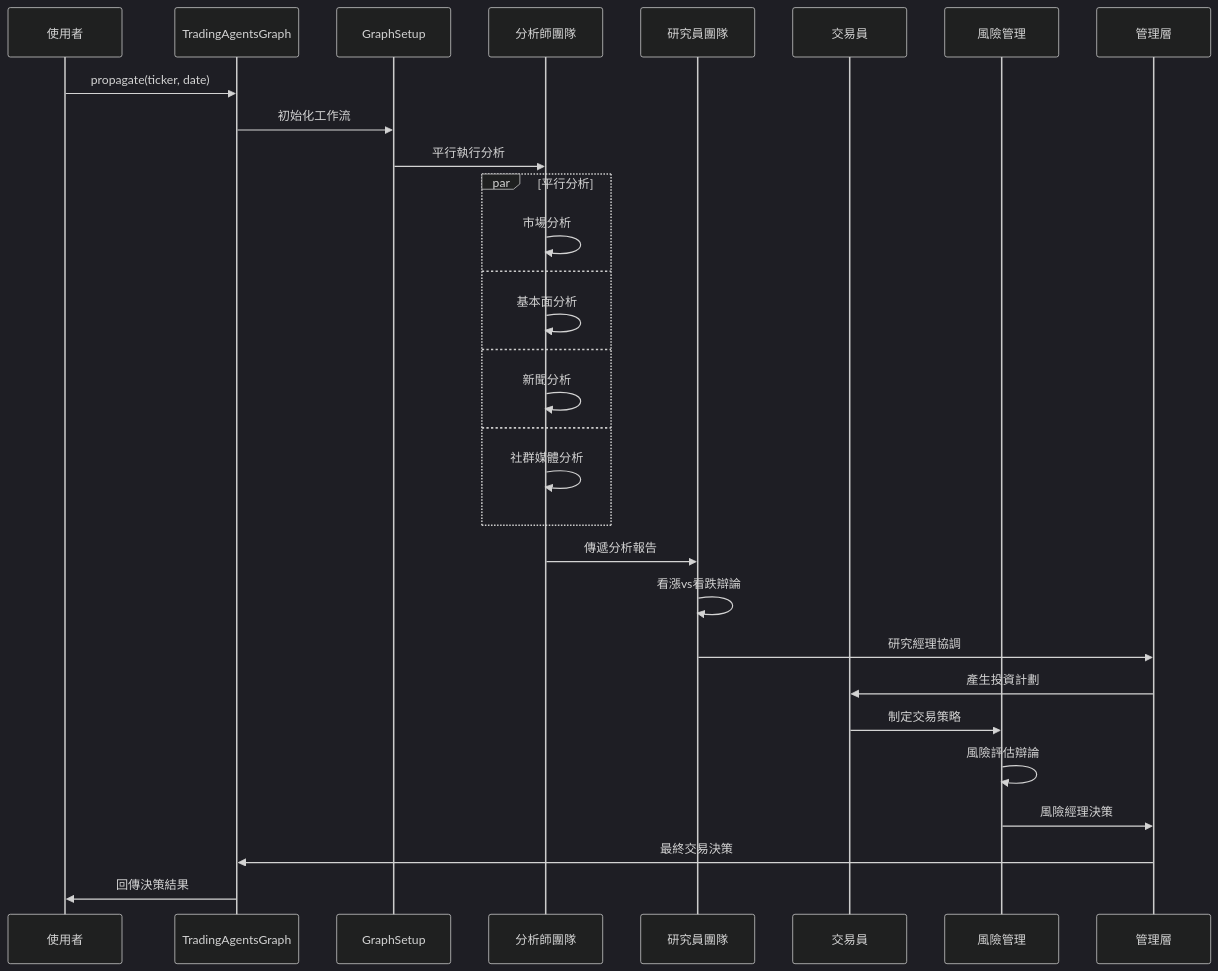
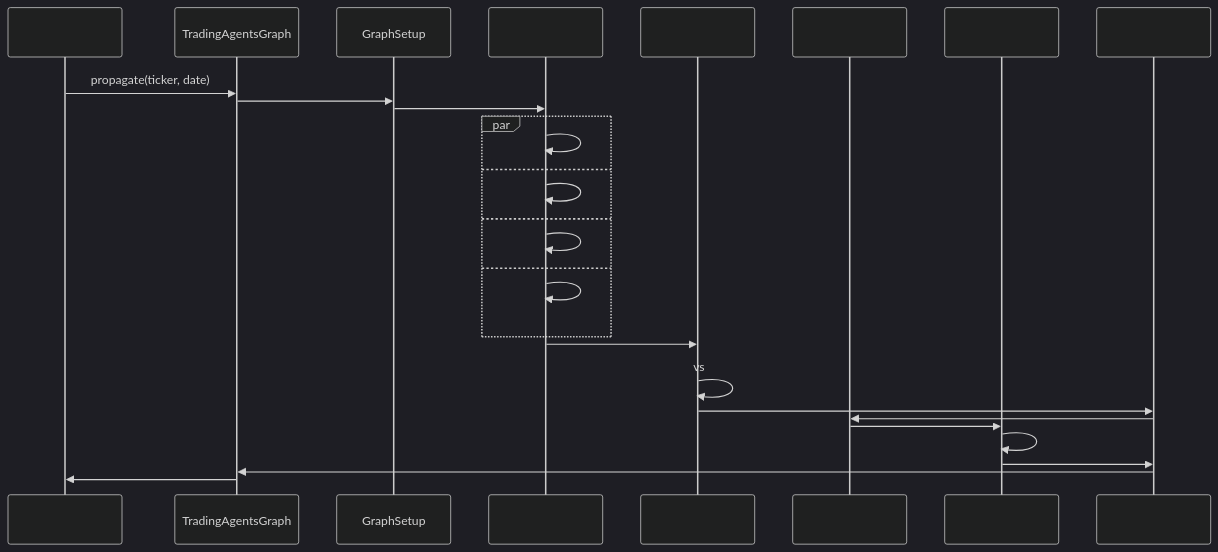
One commit to aiinpocket/TradingAgents-CN changed the second of 2 diagrams in docs/architecture/v0.1.13/system-architecture.md. Above: the diagram before and after it, drawn with Mermaid (dark theme). The commit also changed other lines of this file and 77 other files, not shown here.

````diff
--- a/docs/architecture/v0.1.13/system-architecture.md
+++ b/docs/architecture/v0.1.13/system-architecture.md
@@ -337,35 +337,35 @@
 ```mermaid
 sequenceDiagram
-    participant User as 使用者
-    participant Graph as TradingAgentsGraph
-    participant Setup as GraphSetup
-    participant Analysts as 分析師團隊
-    participant Researchers as 研究員團隊
-    participant Trader as 交易員
-    participant RiskMgmt as 風險管理
-    participant Managers as 管理層
+ participant User as 
+ participant Graph as TradingAgentsGraph
+ participant Setup as GraphSetup
+ participant Analysts as 
+ participant Researchers as 
+ participant Trader as 
+ participant RiskMgmt as 
+ participant Managers as 
 
-    User->>Graph: propagate(ticker, date)
-    Graph->>Setup: 初始化工作流
-    Setup->>Analysts: 平行執行分析
+ User->>Graph: propagate(ticker, date)
+ Graph->>Setup: 
+ Setup->>Analysts: 
 
-    par 平行分析
-        Analysts->>Analysts: 市場分析
-    and
-        Analysts->>Analysts: 基本面分析
-    and
-        Analysts->>Analysts: 新聞分析
-    and
-        Analysts->>Analysts: 社群媒體分析
-    end
+ par 
+ Analysts->>Analysts: 
+ and
+ Analysts->>Analysts: 
+ and
+ Analysts->>Analysts: 
+ and
+ Analysts->>Analysts: 
+ end
 
-    Analysts->>Researchers: 傳遞分析報告
-    Researchers->>Researchers: 看漲vs看跌辯論
-    Researchers->>Managers: 研究經理協調
-    Managers->>Trader: 產生投資計劃
-    Trader->>RiskMgmt: 制定交易策略
-    RiskMgmt->>RiskMgmt: 風險評估辯論
-    RiskMgmt->>Managers: 風險經理決策
-    Managers->>Graph: 最終交易決策
-    Graph->>User: 回傳決策結果
+ Analysts->>Researchers: 
+ Researchers->>Researchers: vs
+ Researchers->>Managers: 
+ Managers->>Trader: 
+ Trader->>RiskMgmt: 
+ RiskMgmt->>RiskMgmt: 
+ RiskMgmt->>Managers: 
+ Managers->>Graph: 
+ Graph->>User: 
 ```
````
